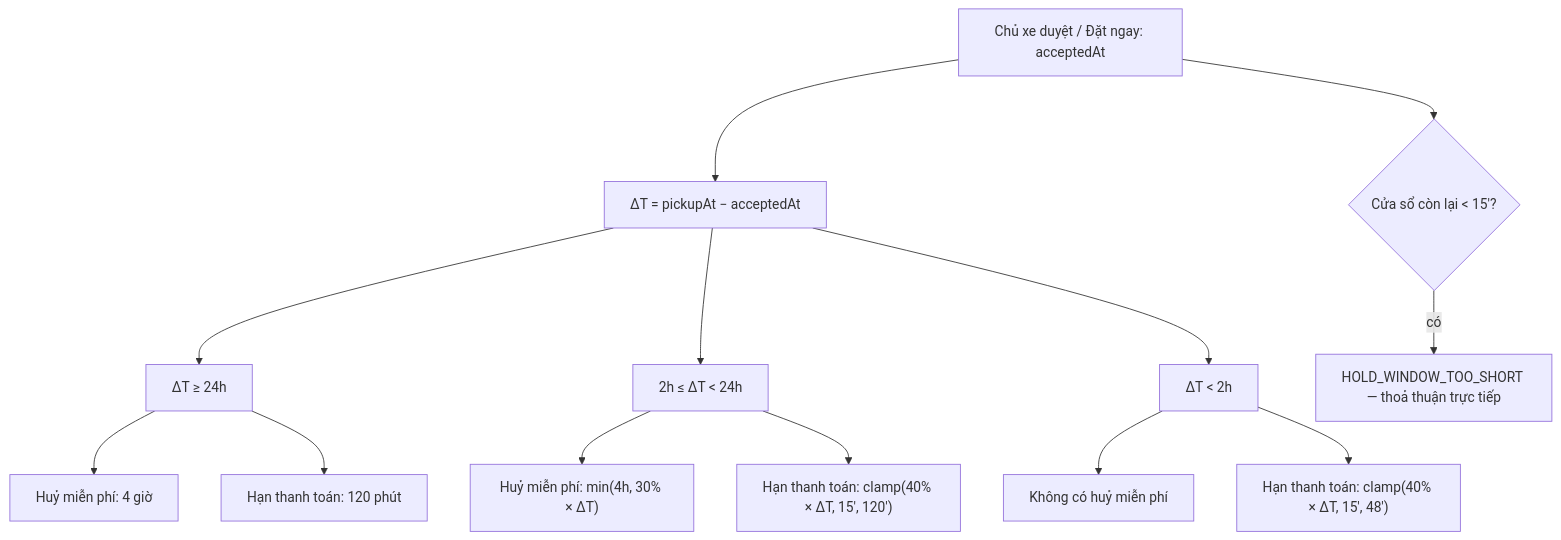
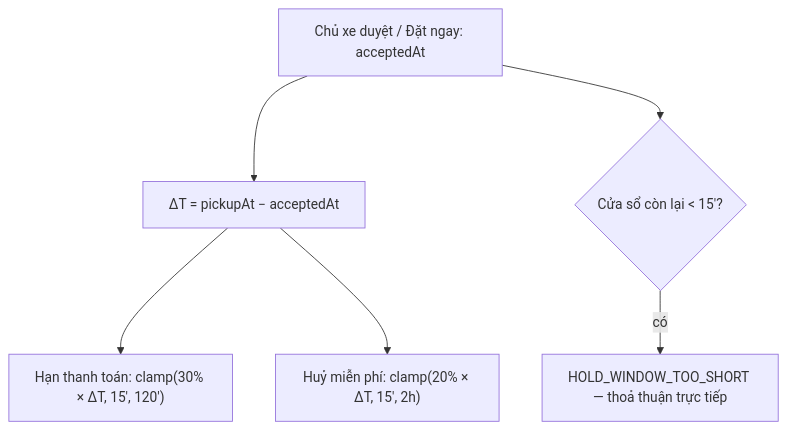
Before and after one commit to daihanhbvt/xeprime: the second of 2 diagrams in docs/financial-system-architecture.md, drawn with Mermaid. The commit also changed other lines of this file and 289 other files, not shown here.

````diff
--- a/docs/financial-system-architecture.md
+++ b/docs/financial-system-architecture.md
@@ -204,15 +226,8 @@
 ```mermaid
 flowchart TD
     Accept["Chủ xe duyệt / Đặt ngay: acceptedAt"] --> Delta["ΔT = pickupAt − acceptedAt"]
-    Delta --> Far["ΔT ≥ 24h"]
-    Far --> F1["Huỷ miễn phí: 4 giờ"]
-    Far --> F2["Hạn thanh toán: 120 phút"]
-    Delta --> Near["2h ≤ ΔT < 24h"]
-    Near --> N1["Huỷ miễn phí: min(4h, 30% × ΔT)"]
-    Near --> N2["Hạn thanh toán: clamp(40% × ΔT, 15′, 120′)"]
-    Delta --> Urgent["ΔT < 2h"]
-    Urgent --> U1["Không có huỷ miễn phí"]
-    Urgent --> U2["Hạn thanh toán: clamp(40% × ΔT, 15′, 48′)"]
+    Delta --> Pay["Hạn thanh toán: clamp(30% × ΔT, 15′, 120′)"]
+    Delta --> Cancel["Huỷ miễn phí: clamp(20% × ΔT, 15′, 2h)"]
     Accept --> Short{"Cửa sổ còn lại < 15′?"}
     Short -- có --> Reject["HOLD_WINDOW_TOO_SHORT — thoả thuận trực tiếp"]
 ```
````
